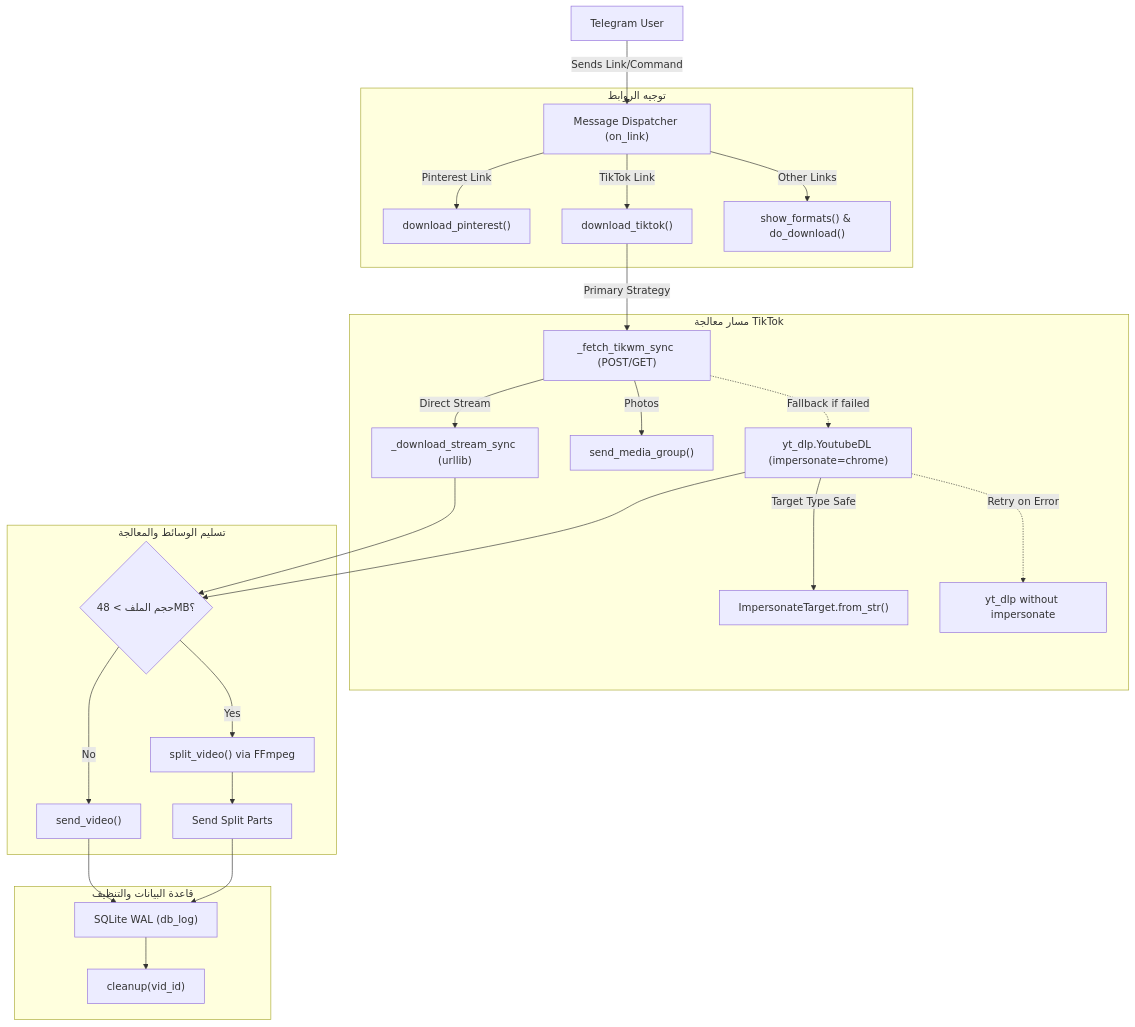
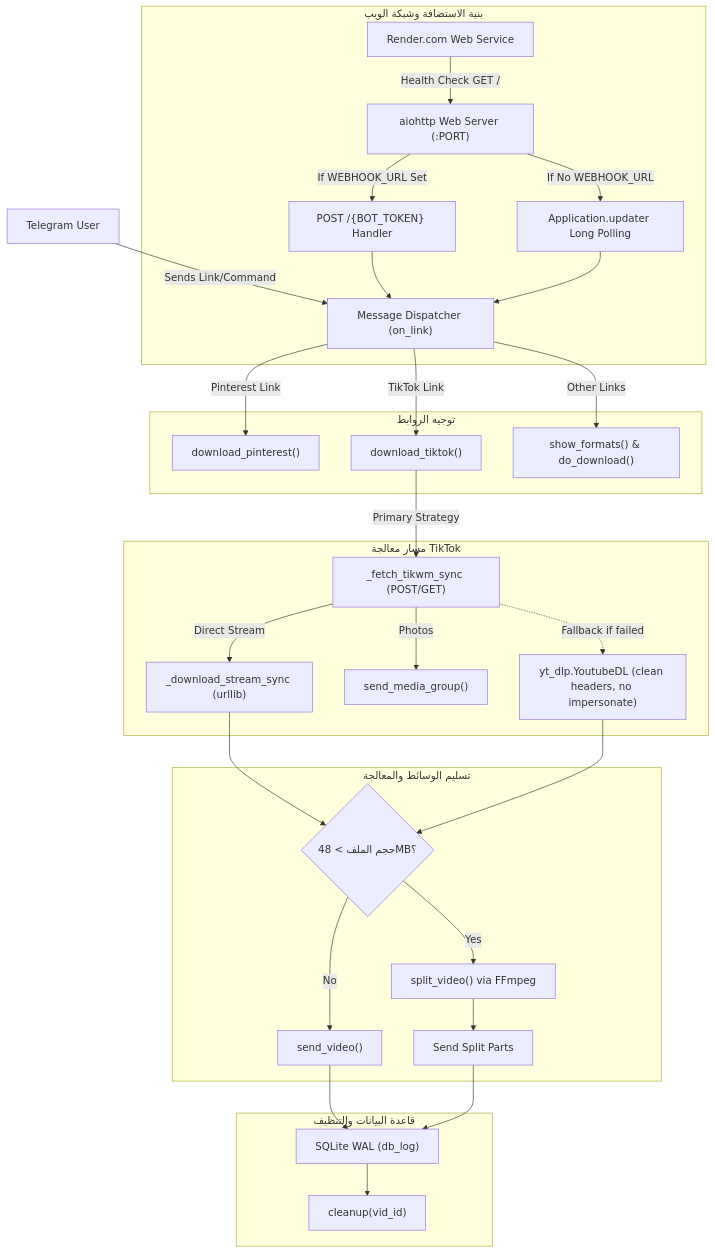
One commit to jacobkhaled01-spec/YAMD changed the diagram in PROJECT_GRAPH_MEMORY.md. Above: the diagram before and after it, drawn with Mermaid. The commit also changed other lines of this file and 2 other files, not shown here.

Commit message:
fix(deploy): bind port immediately on startup and support hybrid polling/webhook for Render

````diff
--- a/PROJECT_GRAPH_MEMORY.md
+++ b/PROJECT_GRAPH_MEMORY.md
@@ -13,34 +14,40 @@
 ```mermaid
 graph TD
     User["Telegram User"] -->|Sends Link/Command| Dispatcher["Message Dispatcher (on_link)"]
     
+    subgraph Hosting ["بنية الاستضافة وشبكة الويب"]
+        Render["Render.com Web Service"] -->|Health Check GET /| WebServer["aiohttp Web Server (:PORT)"]
+        WebServer -->|If WEBHOOK_URL Set| WebhookRouter["POST /{BOT_TOKEN} Handler"]
+        WebhookRouter --> Dispatcher
+        WebServer -->|If No WEBHOOK_URL| PollingEngine["Application.updater Long Polling"]
+        PollingEngine --> Dispatcher
+    end
+
     subgraph Routing ["توجيه الروابط"]
         Dispatcher -->|Pinterest Link| PinHandler["download_pinterest()"]
         Dispatcher -->|TikTok Link| TikTokHandler["download_tiktok()"]
         Dispatcher -->|Other Links| FormatHandler["show_formats() & do_download()"]
     end
 
     subgraph TikTok_Pipeline ["مسار معالجة TikTok"]
         TikTokHandler -->|Primary Strategy| TikWM["_fetch_tikwm_sync (POST/GET)"]
         TikWM -->|Direct Stream| StreamDownloader["_download_stream_sync (urllib)"]
         TikWM -->|Photos| PhotoGroup["send_media_group()"]
         
-        TikWM -.->|Fallback if failed| YTDLP_Fallback["yt_dlp.YoutubeDL (impersonate=chrome)"]
-        YTDLP_Fallback -->|Target Type Safe| ImpersonateTarget["ImpersonateTarget.from_str()"]
-        YTDLP_Fallback -.->|Retry on Error| YTDLP_NoImpersonate["yt_dlp without impersonate"]
+        TikWM -.->|Fallback if failed| YTDLP_Fallback["yt_dlp.YoutubeDL (clean headers, no impersonate)"]
     end
 
     subgraph Media_Delivery ["تسليم الوسائط والمعالجة"]
         StreamDownloader --> SizeCheck{"حجم الملف > 48MB؟"}
         YTDLP_Fallback --> SizeCheck
         SizeCheck -->|Yes| Splitter["split_video() via FFmpeg"]
         SizeCheck -->|No| DirectUpload["send_video()"]
         Splitter --> PartUpload["Send Split Parts"]
     end
 
     subgraph Persistence ["قاعدة البيانات والتنظيف"]
         DirectUpload --> DB["SQLite WAL (db_log)"]
         PartUpload --> DB
         DB --> Cleanup["cleanup(vid_id)"]
     end
 ```
````
